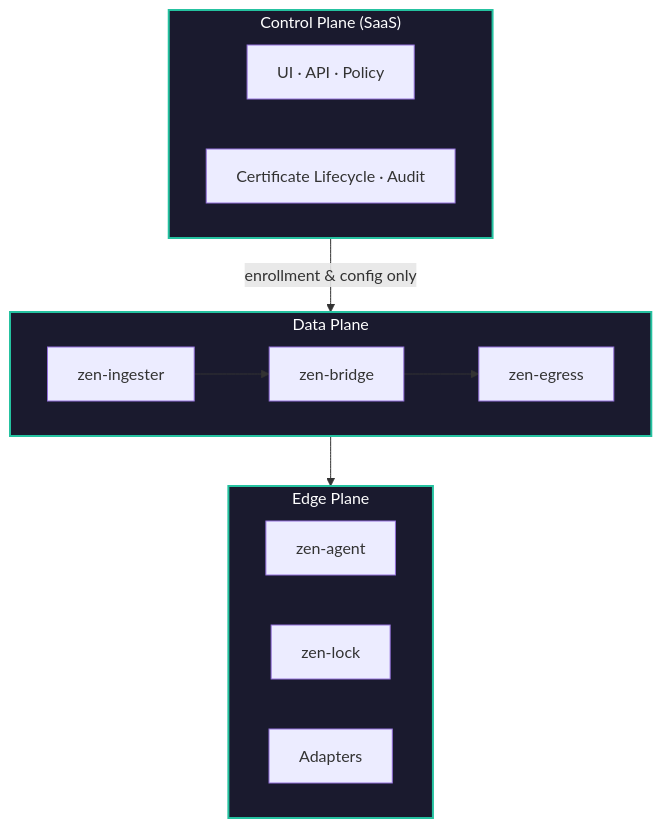
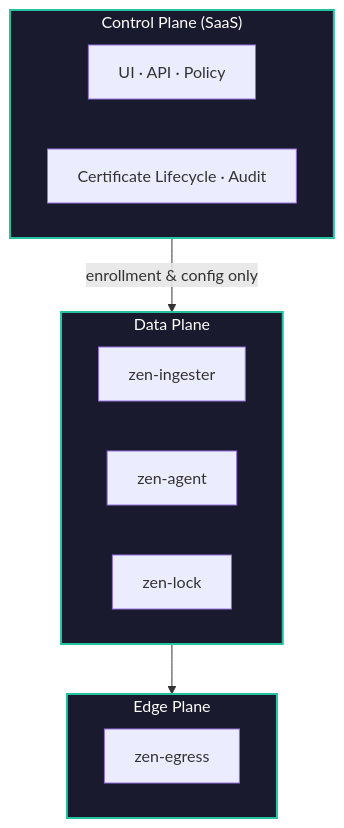
Before and after one commit to zenmesh/docs: the diagram in docs/architecture/overview.md, drawn with Mermaid. The commit also changed other lines of this file and 9 other files, not shown here.

Commit message:
remove zen-bridge and zen-egress from data plane; reorganize three-plane architecture for wedge

````diff
--- a/docs/architecture/overview.md
+++ b/docs/architecture/overview.md
@@ -11,30 +11,27 @@
 ```mermaid
 graph TD
     subgraph CP["Control Plane (SaaS)"]
         direction LR
         UI["UI · API · Policy"]
         CERT["Certificate Lifecycle · Audit"]
     end
 
     subgraph DP["Data Plane"]
         direction LR
         ING["zen-ingester"]
-        BRI["zen-bridge"]
-        EGR["zen-egress"]
-        ING --> BRI --> EGR
+        AGT["zen-agent"]
+        LCK["zen-lock"]
     end
 
     subgraph EP["Edge Plane"]
         direction LR
-        AGT["zen-agent"]
-        LCK["zen-lock"]
-        ADP["Adapters"]
+        EGR["zen-egress"]
     end
 
     CP -- "enrollment & config only" --> DP
     DP --> EP
 
     style CP fill:#1a1a2e,stroke:#25c2a0,stroke-width:2px,color:#fff
     style DP fill:#1a1a2e,stroke:#25c2a0,stroke-width:2px,color:#fff
     style EP fill:#1a1a2e,stroke:#25c2a0,stroke-width:2px,color:#fff
 ```
````
